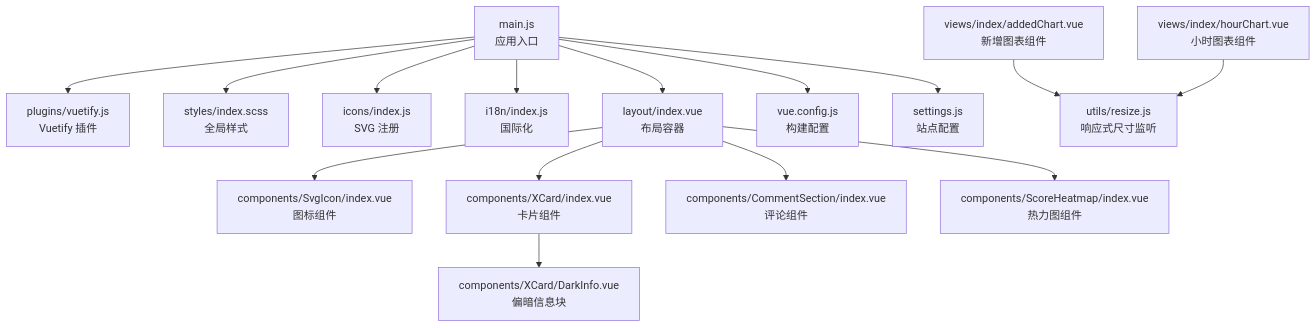
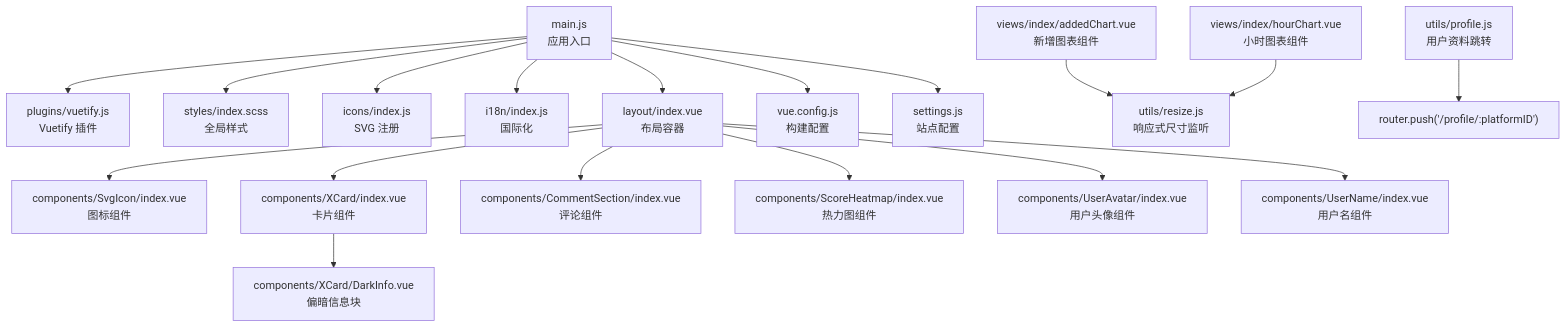
One commit to TinyMaD/SpeedRunnersLab changed the first of 14 diagrams in .qoder/repowiki/zh/content/前端应用/UI 组件库/UI 组件库.md. Above: the diagram before and after it, drawn with Mermaid. The commit also changed other lines of this file and 9 other files, not shown here.

````diff
--- a/.qoder/repowiki/zh/content/前端应用/UI 组件库/UI 组件库.md
+++ b/.qoder/repowiki/zh/content/前端应用/UI 组件库/UI 组件库.md
@@ -64,17 +68,20 @@
 ```mermaid
 graph TB
 A["main.js<br/>应用入口"] --> B["plugins/vuetify.js<br/>Vuetify 插件"]
 A --> C["styles/index.scss<br/>全局样式"]
 A --> D["icons/index.js<br/>SVG 注册"]
 A --> E["i18n/index.js<br/>国际化"]
 A --> F["layout/index.vue<br/>布局容器"]
 F --> G["components/SvgIcon/index.vue<br/>图标组件"]
 F --> H["components/XCard/index.vue<br/>卡片组件"]
 F --> I["components/CommentSection/index.vue<br/>评论组件"]
 F --> K["components/ScoreHeatmap/index.vue<br/>热力图组件"]
+F --> L["components/UserAvatar/index.vue<br/>用户头像组件"]
+F --> M["components/UserName/index.vue<br/>用户名组件"]
 H --> J["components/XCard/DarkInfo.vue<br/>偏暗信息块"]
-L["views/index/addedChart.vue<br/>新增图表组件"] --> M["utils/resize.js<br/>响应式尺寸监听"]
-N["views/index/hourChart.vue<br/>小时图表组件"] --> M
-A --> O["vue.config.js<br/>构建配置"]
-A --> P["settings.js<br/>站点配置"]
+N["views/index/addedChart.vue<br/>新增图表组件"] --> O["utils/resize.js<br/>响应式尺寸监听"]
+P["views/index/hourChart.vue<br/>小时图表组件"] --> O
+Q["utils/profile.js<br/>用户资料跳转"] --> R["router.push('/profile/:platformID')"]
+A --> S["vue.config.js<br/>构建配置"]
+A --> T["settings.js<br/>站点配置"]
 ```
````
